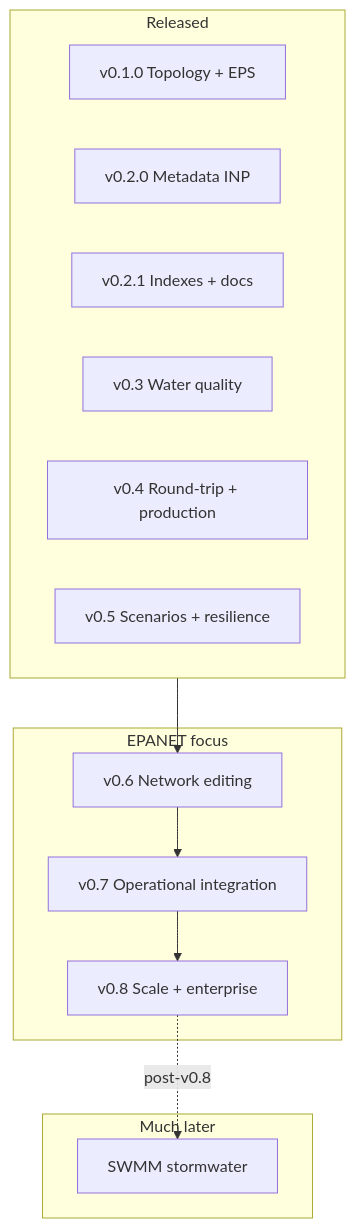
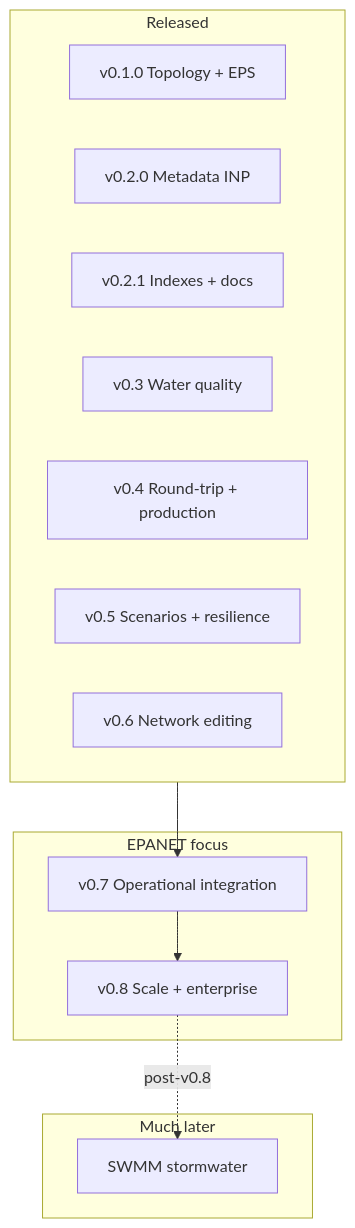
The diagram in ROADMAP.md (danimarindev/pg_epanet), drawn with Mermaid before and after one commit. The commit also changed other lines of this file and 8 other files, not shown here.

First line of the commit message:
feat: v0.6 network topology editing with scenario elements

````diff
--- a/ROADMAP.md
+++ b/ROADMAP.md
@@ -29,21 +29,21 @@
 ```mermaid
 flowchart TB
   subgraph done [Released]
     v01[v0.1.0 Topology + EPS]
     v02[v0.2.0 Metadata INP]
     v021[v0.2.1 Indexes + docs]
     v03[v0.3 Water quality]
     v04[v0.4 Round-trip + production]
     v05[v0.5 Scenarios + resilience]
+    v06[v0.6 Network editing]
   end
   subgraph epanet_core [EPANET focus]
-    v06[v0.6 Network editing]
     v07[v0.7 Operational integration]
     v08[v0.8 Scale + enterprise]
   end
   subgraph horizon [Much later]
     swmm[SWMM stormwater]
   end
-  done --> v06 --> v07 --> v08
+  done --> v07 --> v08
   v08 -.->|"post-v0.8"| swmm
 ```
````
